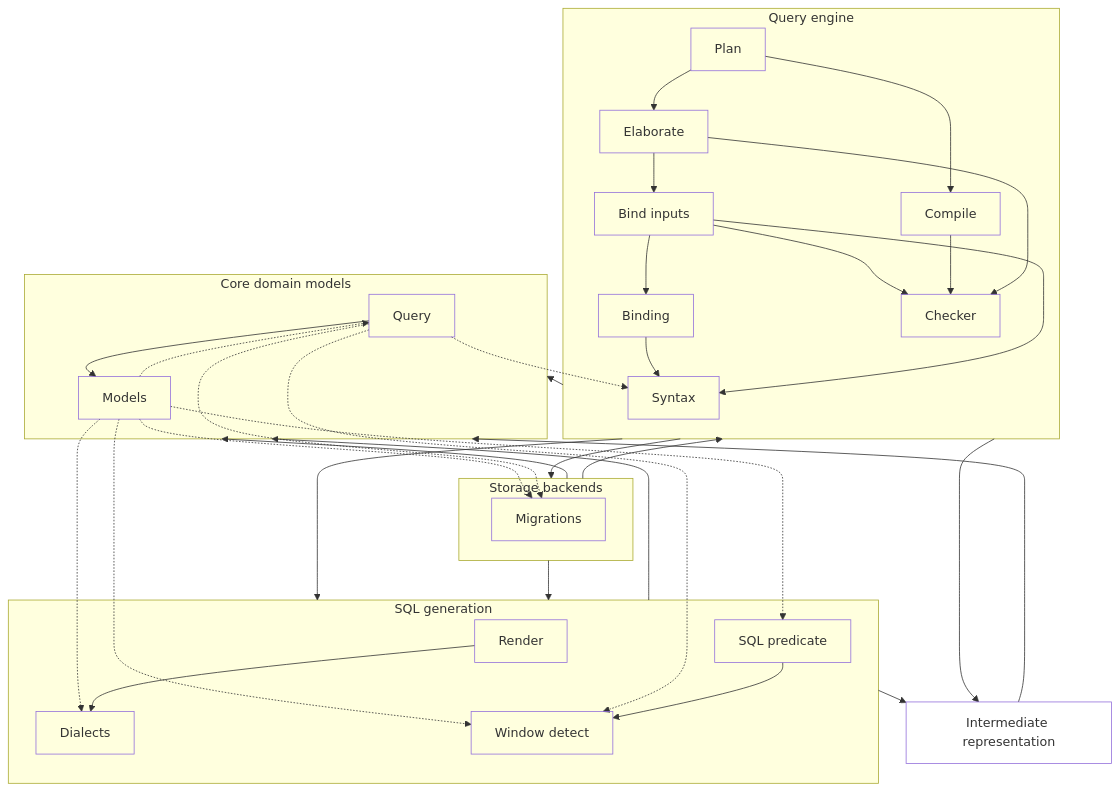
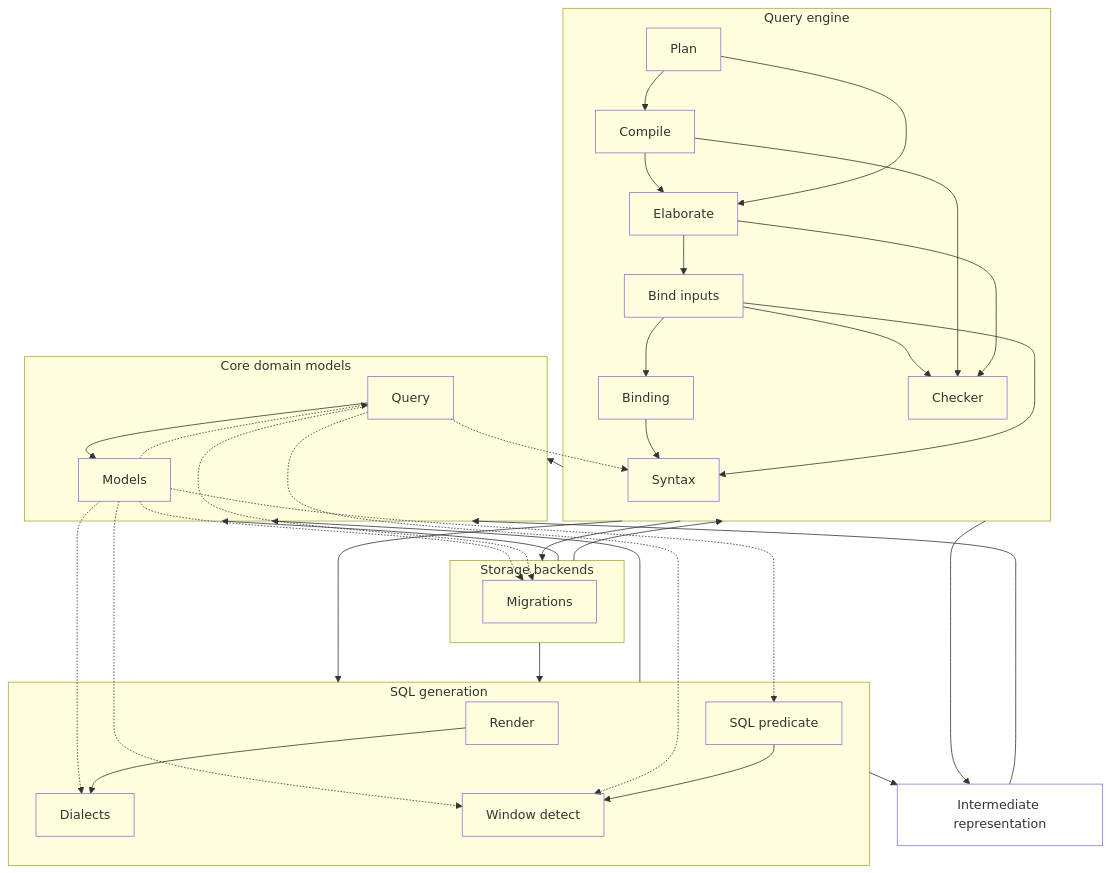
One commit to MotleyAI/slayer changed the first of 2 diagrams in architecture/engine.arc42.md. Above: the diagram before and after it, drawn with Mermaid. The commit also changed other lines of this file and 3 other files, not shown here.

````diff
--- a/architecture/engine.arc42.md
+++ b/architecture/engine.arc42.md
@@ -15,59 +15,60 @@
 ```mermaid
 flowchart TD
   %% query_pipeline: Query pipeline
   subgraph core["Core domain models"]
     core__query["Query"]
     core__models["Models"]
   end
   subgraph sql["SQL generation"]
     sql__render["Render"]
     sql__dialects["Dialects"]
     sql__sql_predicate["SQL predicate"]
     sql__window_detect["Window detect"]
   end
   subgraph engine["Query engine"]
     engine__syntax["Syntax"]
     engine__binding["Binding"]
     engine__bind_inputs["Bind inputs"]
     engine__elaborate_env["Checker"]
     engine__elaborate["Elaborate"]
     engine__compile["Compile"]
     engine__plan["Plan"]
   end
   ir["Intermediate representation"]
   subgraph storage["Storage backends"]
     storage__migrations["Migrations"]
   end
   core__query -.-> engine__syntax
   core__models -.-> sql__dialects
   core__models -.-> sql__sql_predicate
   core__models -.-> sql__window_detect
   core__query -.-> sql__window_detect
   core__models -.-> storage__migrations
   core__query -.-> storage__migrations
   core__models -.-> core__query
   core__query --> core__models
   sql__render --> sql__dialects
   sql__sql_predicate --> sql__window_detect
   engine__binding --> engine__syntax
   engine__bind_inputs --> engine__binding
   engine__bind_inputs --> engine__elaborate_env
   engine__bind_inputs --> engine__syntax
+  engine__compile --> engine__elaborate
   engine__compile --> engine__elaborate_env
   engine__elaborate --> engine__bind_inputs
   engine__elaborate --> engine__elaborate_env
   engine__plan --> engine__compile
   engine__plan --> engine__elaborate
   engine --> core
   engine --> ir
   engine --> sql
   engine --> storage
   ir --> core
   sql --> core
   sql --> ir
   storage --> core
   storage --> engine
   storage --> sql
   classDef leaf fill:none;
   class core__query,core__models,sql__render,sql__dialects,sql__sql_predicate,sql__window_detect,engine__syntax,engine__binding,engine__bind_inputs,engine__elaborate_env,engine__elaborate,engine__compile,engine__plan,ir,storage__migrations leaf;
 ```
````
